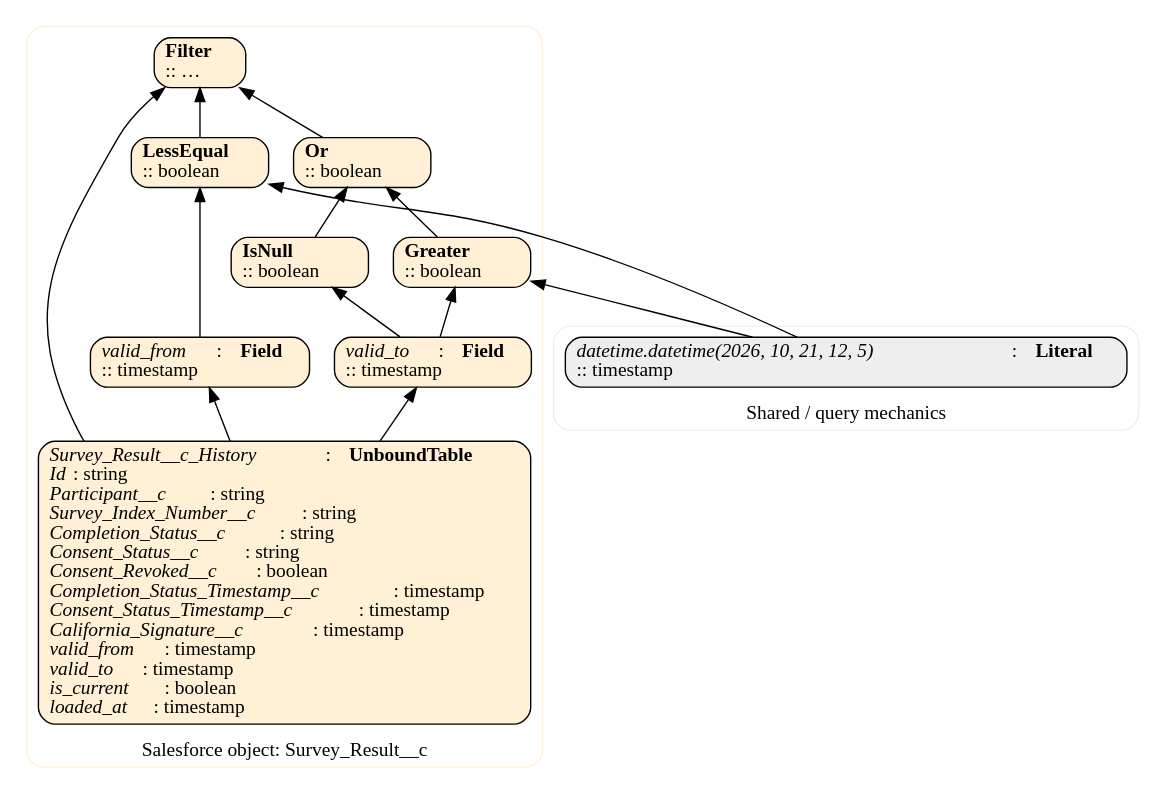
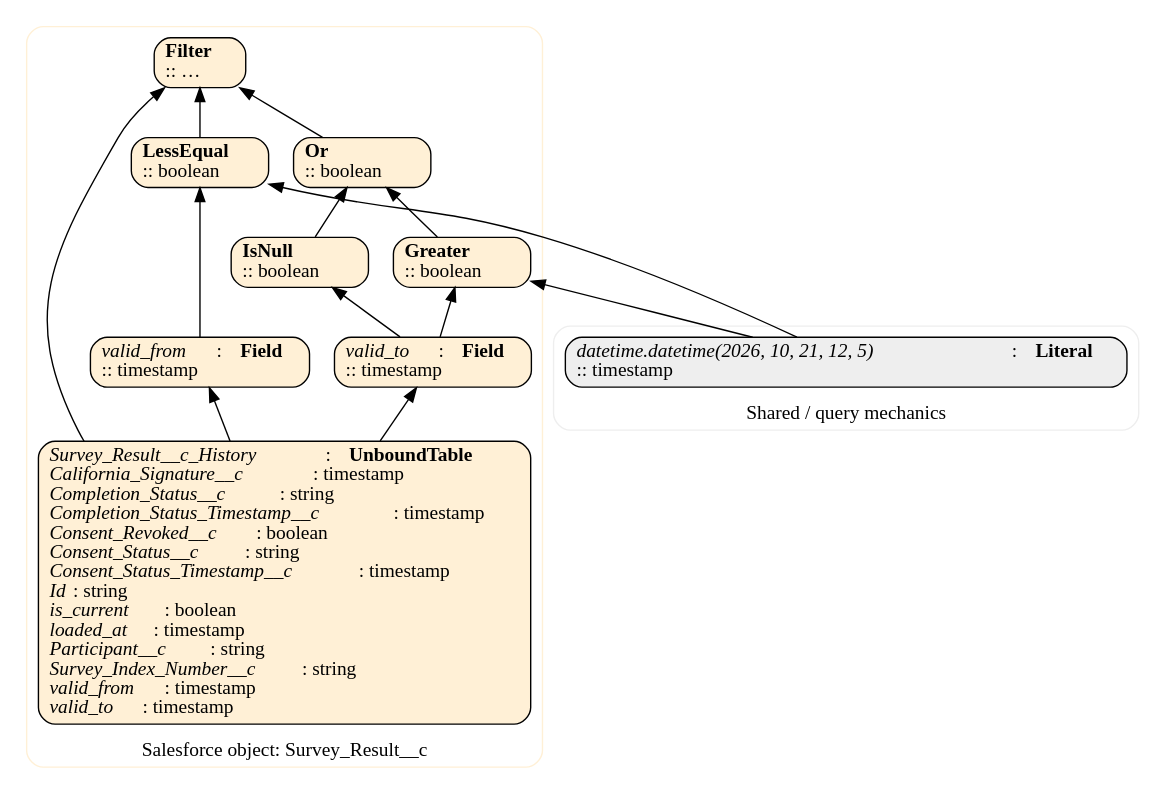
One commit to mbkranz/ppsc-ops-data-quality changed the diagram in docs/suites/account_to_survey_results_rollups_Survey_Result_Snapshot.dot. Above: the diagram before and after it, drawn with Graphviz. The commit also changed 88 other files, not shown here.

```diff
--- a/docs/suites/account_to_survey_results_rollups_Survey_Result_Snapshot.dot
+++ b/docs/suites/account_to_survey_results_rollups_Survey_Result_Snapshot.dot
@@ -1,41 +1,41 @@
 digraph {
 	node [fontname="Deja Vu Sans Mono" shape=box]
 	edge [fontname="Deja Vu Sans Mono"]
 	rankdir=BT
-	6449610624952937665 [label=<<B>Filter</B><BR ALIGN="LEFT" />:: …<BR ALIGN="LEFT" />> fillcolor="#FFF0D6" group="Salesforce object: Survey_Result__c" style="rounded,filled" tooltip="Parent entity: Salesforce object: Survey_Result__c"]
-	-8662755597459681734 [label=<<I>Survey_Result__c_History</I>: <B>UnboundTable</B><BR ALIGN="LEFT" /><I>Id</I>: string<BR ALIGN="LEFT" /><I>Participant__c</I>: string<BR ALIGN="LEFT" /><I>Survey_Index_Number__c</I>: string<BR ALIGN="LEFT" /><I>Completion_Status__c</I>: string<BR ALIGN="LEFT" /><I>Consent_Status__c</I>: string<BR ALIGN="LEFT" /><I>Consent_Revoked__c</I>: boolean<BR ALIGN="LEFT" /><I>Completion_Status_Timestamp__c</I>: timestamp<BR ALIGN="LEFT" /><I>Consent_Status_Timestamp__c</I>: timestamp<BR ALIGN="LEFT" /><I>California_Signature__c</I>: timestamp<BR ALIGN="LEFT" /><I>valid_from</I>: timestamp<BR ALIGN="LEFT" /><I>valid_to</I>: timestamp<BR ALIGN="LEFT" /><I>is_current</I>: boolean<BR ALIGN="LEFT" /><I>loaded_at</I>: timestamp<BR ALIGN="LEFT" />> fillcolor="#FFF0D6" group="Salesforce object: Survey_Result__c" style="rounded,filled" tooltip="Parent entity: Salesforce object: Survey_Result__c"]
-	-8662755597459681734 -> 6449610624952937665
-	-1921944828288056094 [label=<<B>LessEqual</B><BR ALIGN="LEFT" />:: boolean<BR ALIGN="LEFT" />> fillcolor="#FFF0D6" group="Salesforce object: Survey_Result__c" style="rounded,filled" tooltip="Parent entity: Salesforce object: Survey_Result__c"]
-	-1921944828288056094 -> 6449610624952937665
-	-652216596234311457 [label=<<B>Or</B><BR ALIGN="LEFT" />:: boolean<BR ALIGN="LEFT" />> fillcolor="#FFF0D6" group="Salesforce object: Survey_Result__c" style="rounded,filled" tooltip="Parent entity: Salesforce object: Survey_Result__c"]
-	-652216596234311457 -> 6449610624952937665
-	-8368945208421730832 [label=<<I>valid_from</I>: <B>Field</B><BR ALIGN="LEFT" />:: timestamp<BR ALIGN="LEFT" />> fillcolor="#FFF0D6" group="Salesforce object: Survey_Result__c" style="rounded,filled" tooltip="Parent entity: Salesforce object: Survey_Result__c"]
-	-8368945208421730832 -> -1921944828288056094
-	8038694765249744723 [label=<<I>datetime.datetime(2026, 10, 21, 12, 5)</I>: <B>Literal</B><BR ALIGN="LEFT" />:: timestamp<BR ALIGN="LEFT" />> fillcolor="#EEEEEE" group="Shared / query mechanics" style="rounded,filled" tooltip="Parent entity: Shared / query mechanics"]
-	8038694765249744723 -> -1921944828288056094
-	-7396676528600600957 [label=<<B>Greater</B><BR ALIGN="LEFT" />:: boolean<BR ALIGN="LEFT" />> fillcolor="#FFF0D6" group="Salesforce object: Survey_Result__c" style="rounded,filled" tooltip="Parent entity: Salesforce object: Survey_Result__c"]
-	-7396676528600600957 -> -652216596234311457
-	5250262178329191234 [label=<<B>IsNull</B><BR ALIGN="LEFT" />:: boolean<BR ALIGN="LEFT" />> fillcolor="#FFF0D6" group="Salesforce object: Survey_Result__c" style="rounded,filled" tooltip="Parent entity: Salesforce object: Survey_Result__c"]
-	5250262178329191234 -> -652216596234311457
-	-8662755597459681734 -> -8368945208421730832
-	3001919884328680852 [label=<<I>valid_to</I>: <B>Field</B><BR ALIGN="LEFT" />:: timestamp<BR ALIGN="LEFT" />> fillcolor="#FFF0D6" group="Salesforce object: Survey_Result__c" style="rounded,filled" tooltip="Parent entity: Salesforce object: Survey_Result__c"]
-	3001919884328680852 -> -7396676528600600957
-	8038694765249744723 -> -7396676528600600957
-	3001919884328680852 -> 5250262178329191234
-	-8662755597459681734 -> 3001919884328680852
+	-5072912862301118416 [label=<<B>Filter</B><BR ALIGN="LEFT" />:: …<BR ALIGN="LEFT" />> fillcolor="#FFF0D6" group="Salesforce object: Survey_Result__c" style="rounded,filled" tooltip="Parent entity: Salesforce object: Survey_Result__c"]
+	489709042717062899 [label=<<I>Survey_Result__c_History</I>: <B>UnboundTable</B><BR ALIGN="LEFT" /><I>California_Signature__c</I>: timestamp<BR ALIGN="LEFT" /><I>Completion_Status__c</I>: string<BR ALIGN="LEFT" /><I>Completion_Status_Timestamp__c</I>: timestamp<BR ALIGN="LEFT" /><I>Consent_Revoked__c</I>: boolean<BR ALIGN="LEFT" /><I>Consent_Status__c</I>: string<BR ALIGN="LEFT" /><I>Consent_Status_Timestamp__c</I>: timestamp<BR ALIGN="LEFT" /><I>Id</I>: string<BR ALIGN="LEFT" /><I>is_current</I>: boolean<BR ALIGN="LEFT" /><I>loaded_at</I>: timestamp<BR ALIGN="LEFT" /><I>Participant__c</I>: string<BR ALIGN="LEFT" /><I>Survey_Index_Number__c</I>: string<BR ALIGN="LEFT" /><I>valid_from</I>: timestamp<BR ALIGN="LEFT" /><I>valid_to</I>: timestamp<BR ALIGN="LEFT" />> fillcolor="#FFF0D6" group="Salesforce object: Survey_Result__c" style="rounded,filled" tooltip="Parent entity: Salesforce object: Survey_Result__c"]
+	489709042717062899 -> -5072912862301118416
+	-5057571341826652116 [label=<<B>LessEqual</B><BR ALIGN="LEFT" />:: boolean<BR ALIGN="LEFT" />> fillcolor="#FFF0D6" group="Salesforce object: Survey_Result__c" style="rounded,filled" tooltip="Parent entity: Salesforce object: Survey_Result__c"]
+	-5057571341826652116 -> -5072912862301118416
+	4984837361424349894 [label=<<B>Or</B><BR ALIGN="LEFT" />:: boolean<BR ALIGN="LEFT" />> fillcolor="#FFF0D6" group="Salesforce object: Survey_Result__c" style="rounded,filled" tooltip="Parent entity: Salesforce object: Survey_Result__c"]
+	4984837361424349894 -> -5072912862301118416
+	3150352241043016749 [label=<<I>valid_from</I>: <B>Field</B><BR ALIGN="LEFT" />:: timestamp<BR ALIGN="LEFT" />> fillcolor="#FFF0D6" group="Salesforce object: Survey_Result__c" style="rounded,filled" tooltip="Parent entity: Salesforce object: Survey_Result__c"]
+	3150352241043016749 -> -5057571341826652116
+	9126812038442490238 [label=<<I>datetime.datetime(2026, 10, 21, 12, 5)</I>: <B>Literal</B><BR ALIGN="LEFT" />:: timestamp<BR ALIGN="LEFT" />> fillcolor="#EEEEEE" group="Shared / query mechanics" style="rounded,filled" tooltip="Parent entity: Shared / query mechanics"]
+	9126812038442490238 -> -5057571341826652116
+	-1144101483189898138 [label=<<B>Greater</B><BR ALIGN="LEFT" />:: boolean<BR ALIGN="LEFT" />> fillcolor="#FFF0D6" group="Salesforce object: Survey_Result__c" style="rounded,filled" tooltip="Parent entity: Salesforce object: Survey_Result__c"]
+	-1144101483189898138 -> 4984837361424349894
+	110609110041933695 [label=<<B>IsNull</B><BR ALIGN="LEFT" />:: boolean<BR ALIGN="LEFT" />> fillcolor="#FFF0D6" group="Salesforce object: Survey_Result__c" style="rounded,filled" tooltip="Parent entity: Salesforce object: Survey_Result__c"]
+	110609110041933695 -> 4984837361424349894
+	489709042717062899 -> 3150352241043016749
+	5756820285639195832 [label=<<I>valid_to</I>: <B>Field</B><BR ALIGN="LEFT" />:: timestamp<BR ALIGN="LEFT" />> fillcolor="#FFF0D6" group="Salesforce object: Survey_Result__c" style="rounded,filled" tooltip="Parent entity: Salesforce object: Survey_Result__c"]
+	5756820285639195832 -> -1144101483189898138
+	9126812038442490238 -> -1144101483189898138
+	5756820285639195832 -> 110609110041933695
+	489709042717062899 -> 5756820285639195832
 	subgraph cluster_parent_0 {
 		color="#FFF0D6" label="Salesforce object: Survey_Result__c" style=rounded
-		6449610624952937665
-		-8662755597459681734
-		-1921944828288056094
-		-652216596234311457
-		-8368945208421730832
-		-7396676528600600957
-		5250262178329191234
-		3001919884328680852
+		-5072912862301118416
+		489709042717062899
+		-5057571341826652116
+		4984837361424349894
+		3150352241043016749
+		-1144101483189898138
+		110609110041933695
+		5756820285639195832
 	}
 	subgraph cluster_parent_1 {
 		color="#EEEEEE" label="Shared / query mechanics" style=rounded
-		8038694765249744723
+		9126812038442490238
 	}
 }
```
